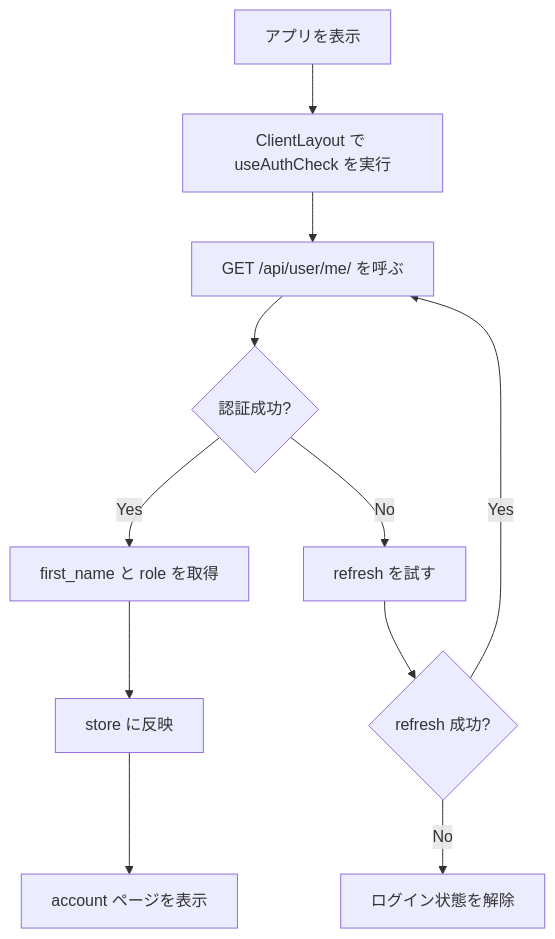
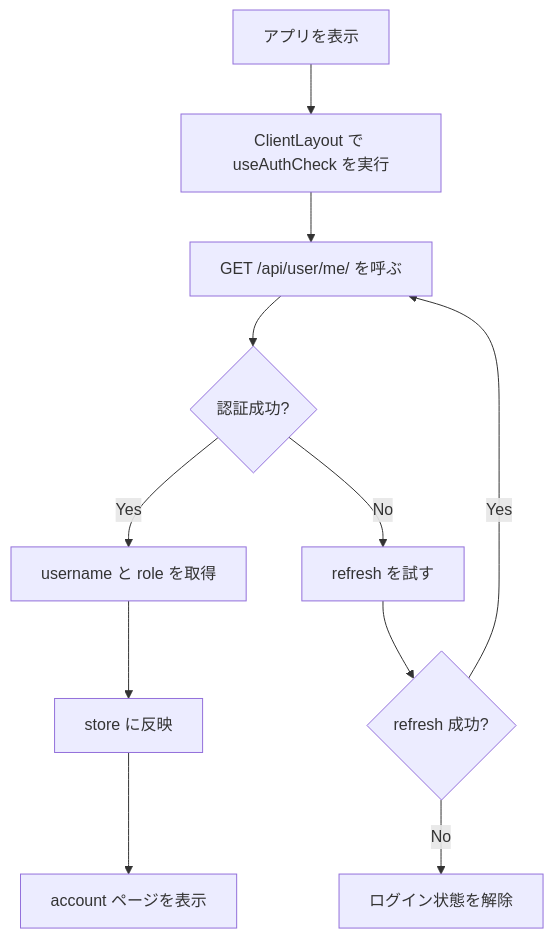
One commit to Saaka-y/korup changed the diagram in docs/account/flowchart.md. Above: the diagram before and after it, drawn with Mermaid. The commit also changed 11 other files, not shown here.

````diff
--- a/docs/account/flowchart.md
+++ b/docs/account/flowchart.md
@@ -3,13 +3,13 @@
 ```mermaid
 flowchart TD
     A[アプリを表示] --> B[ClientLayout で useAuthCheck を実行]
     B --> C[GET /api/user/me/ を呼ぶ]
     C --> D{認証成功?}
-    D -->|Yes| E[first_name と role を取得]
+    D -->|Yes| E[username と role を取得]
     E --> F[store に反映]
     F --> G[account ページを表示]
     D -->|No| H[refresh を試す]
     H --> I{refresh 成功?}
     I -->|Yes| C
     I -->|No| J[ログイン状態を解除]
 ```
````
